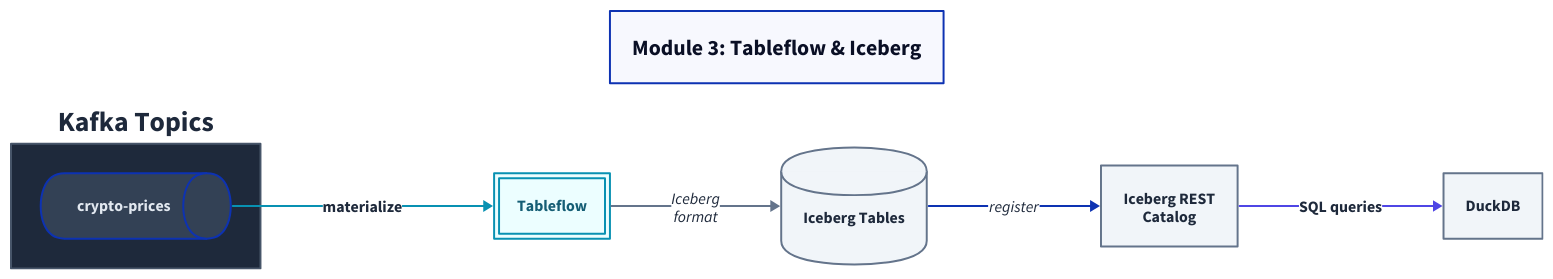
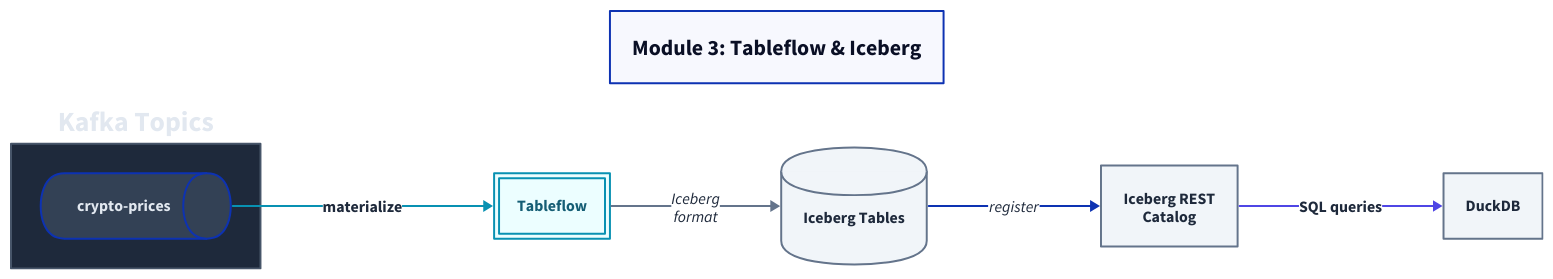
The diagram in diagrams/module3-tableflow.d2 (gAmUssA/gamussa.github.com), drawn with D2 before and after one commit. The commit also changed 60 other files, not shown here.

```diff
--- a/diagrams/module3-tableflow.d2
+++ b/diagrams/module3-tableflow.d2
@@ -1,69 +1,69 @@
 direction: right
 
 title: {
   label: "Module 3: Tableflow & Iceberg"
   style.font-size: 22
   style.bold: true
   near: top-center
 }
 
 kafka: Kafka Topics {
   style.fill: "#1e293b"
   style.stroke: "#475569"
-  style.font-color: "#1e293b"
+  style.font-color: "#e2e8f0"
   style.bold: true
 
   topic: crypto-prices {
     shape: queue
     style.fill: "#334155"
     style.font-color: "#e2e8f0"
     style.bold: true
   }
 }
 
 tableflow: Tableflow {
   style.fill: "#ecfeff"
   style.stroke: "#0891b2"
   style.font-color: "#155e75"
   style.bold: true
   style.double-border: true
 }
 
 iceberg: Iceberg Tables {
   style.fill: "#f1f5f9"
   style.stroke: "#64748b"
   style.font-color: "#1e293b"
   shape: cylinder
   style.bold: true
 }
 
 catalog: Iceberg REST\nCatalog {
   style.fill: "#f1f5f9"
   style.stroke: "#64748b"
   style.font-color: "#1e293b"
 }
 
 duckdb: DuckDB {
   style.fill: "#f1f5f9"
   style.stroke: "#64748b"
   style.font-color: "#1e293b"
   style.bold: true
 }
 
 kafka.topic -> tableflow: "materialize" {
   style.stroke: "#0891b2"
   style.font-color: "#1e293b"
   style.bold: true
 }
 tableflow -> iceberg: "Iceberg\nformat" {
   style.stroke: "#64748b"
   style.font-color: "#1e293b"
 }
 iceberg -> catalog: "register" {
   style.font-color: "#1e293b"
 }
 catalog -> duckdb: "SQL queries" {
   style.stroke: "#4F46E5"
   style.font-color: "#1e293b"
   style.bold: true
 }
```
